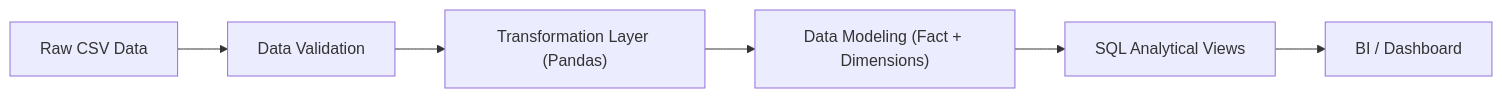
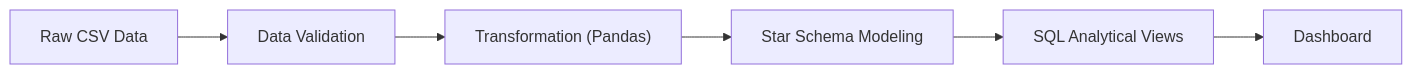
One commit to Chu-Thana/vendor-payments-etl-analytics changed the diagram in README.md. Above: the diagram before and after it, drawn with Mermaid. The commit also changed other lines of this file, not shown here.

Commit message:
Improve README with architecture, data flow, and dashboard preview

````diff
--- a/README.md
+++ b/README.md
@@ -60,16 +55,12 @@
 ```mermaid
 flowchart LR
 
 Raw["Raw CSV Data"]
 Validate["Data Validation"]
-Transform["Transformation Layer (Pandas)"]
-Model["Data Modeling (Fact + Dimensions)"]
+Transform["Transformation (Pandas)"]
+Model["Star Schema Modeling"]
 Views["SQL Analytical Views"]
-BI["BI / Dashboard"]
+BI["Dashboard"]
 
-Raw --> Validate
-Validate --> Transform
-Transform --> Model
-Model --> Views
-Views --> BI
+Raw --> Validate --> Transform --> Model --> Views --> BI
 ```
````
